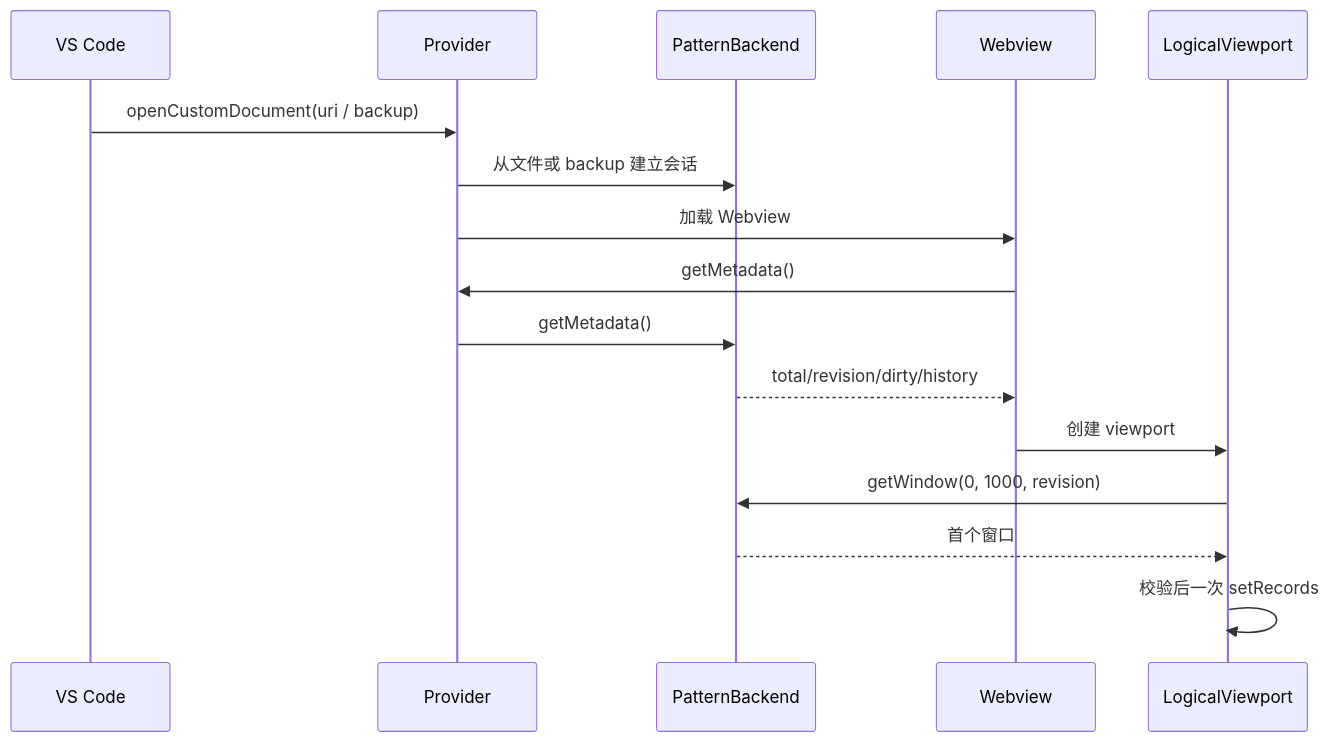
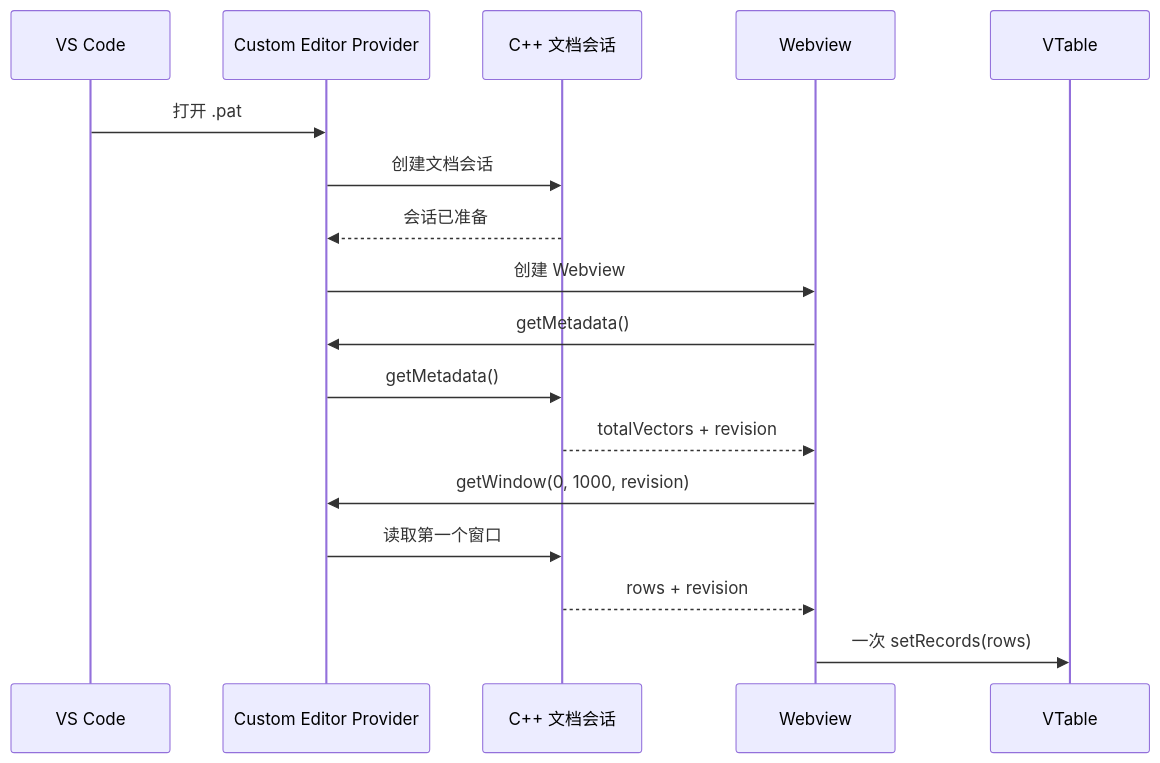
One commit to a306796405/huge-vtable changed the third of 9 diagrams in docs/v22-lite-markdown-technical-solution.md. Above: the diagram before and after it, drawn with Mermaid. The commit also changed other lines of this file and 8 other files, not shown here.

Commit message:
docs: consolidate pattern backend and frontend guide

````diff
--- a/docs/v22-lite-markdown-technical-solution.md
+++ b/docs/v22-lite-markdown-technical-solution.md
@@ -257,19 +266,20 @@
 ```mermaid
 sequenceDiagram
     participant VS as VS Code
-    participant P as Provider
-    participant B as PatternBackend
+    participant P as Custom Editor Provider
+    participant B as C++ 文档会话
     participant W as Webview
-    participant V as LogicalViewport
+    participant T as VTable
 
-    VS->>P: openCustomDocument(uri / backup)
-    P->>B: 从文件或 backup 建立会话
-    P->>W: 加载 Webview
+    VS->>P: 打开 .pat
+    P->>B: 创建文档会话
+    B-->>P: 会话已准备
+    P->>W: 创建 Webview
     W->>P: getMetadata()
     P->>B: getMetadata()
-    B-->>W: total/revision/dirty/history
-    W->>V: 创建 viewport
-    V->>B: getWindow(0, 1000, revision)
-    B-->>V: 首个窗口
-    V->>V: 校验后一次 setRecords
+    B-->>W: totalVectors + revision
+    W->>P: getWindow(0, 1000, revision)
+    P->>B: 读取第一个窗口
+    B-->>W: rows + revision
+    W->>T: 一次 setRecords(rows)
 ```
````
